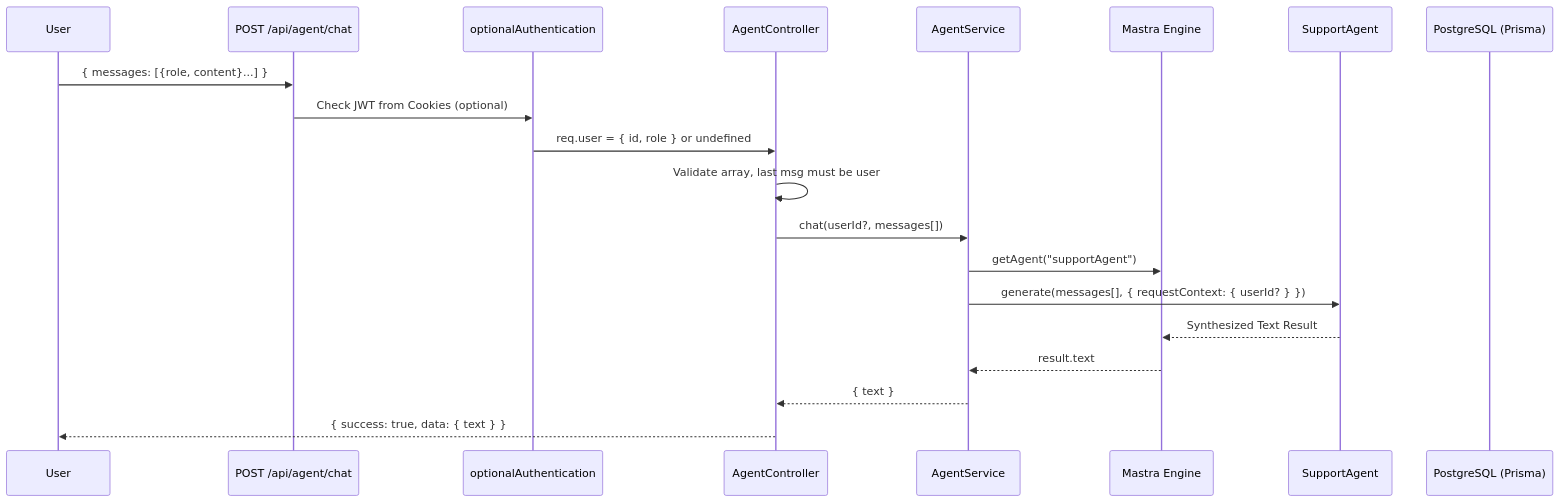
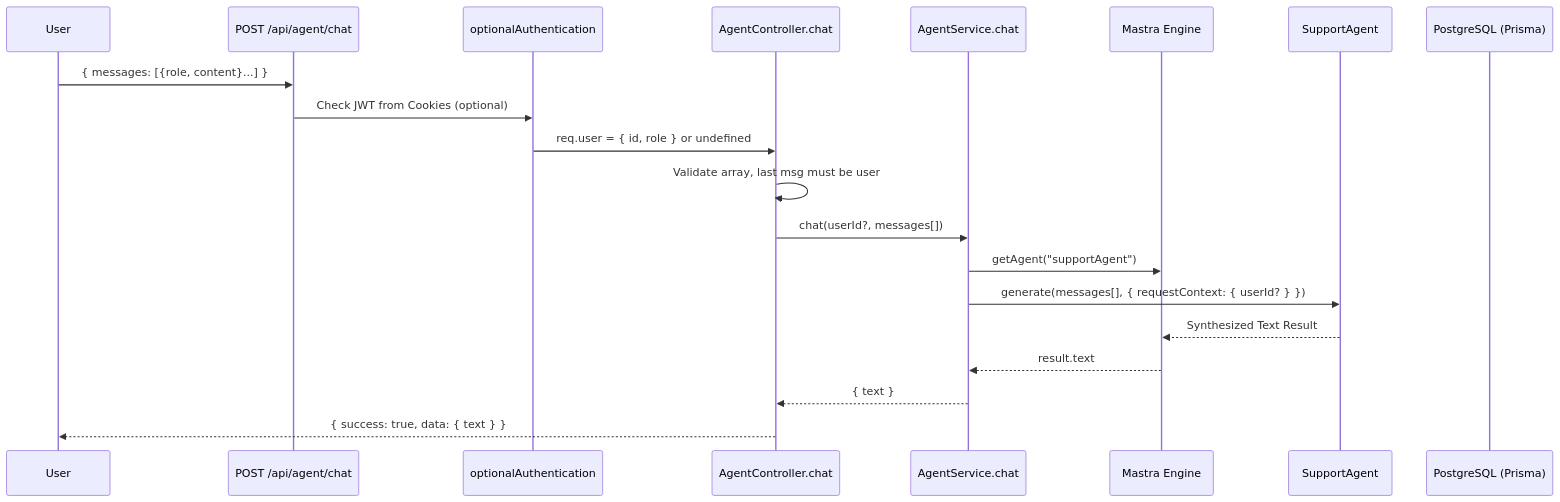
The first of 5 diagrams in .cursor/AgentFlow.md (ntuananh97/ecormerce-PERN), drawn with Mermaid before and after one commit. The commit also changed other lines of this file and 13 other files, not shown here.

Commit message:
feat: implement streaming support for chat agent with SSE and enhance API documentation

````diff
--- a/.cursor/AgentFlow.md
+++ b/.cursor/AgentFlow.md
@@ -11,23 +15,23 @@
 ```mermaid
 sequenceDiagram
     participant User
     participant Express as POST /api/agent/chat
     participant OptAuth as optionalAuthentication
-    participant Controller as AgentController
-    participant Service as AgentService
+    participant Controller as AgentController.chat
+    participant Service as AgentService.chat
     participant Mastra as Mastra Engine
     participant Agent as SupportAgent
     participant DB as PostgreSQL (Prisma)
 
     User->>Express: { messages: [{role, content}...] }
     Express->>OptAuth: Check JWT from Cookies (optional)
     OptAuth->>Controller: req.user = { id, role } or undefined
     Controller->>Controller: Validate array, last msg must be user
     Controller->>Service: chat(userId?, messages[])
     Service->>Mastra: getAgent("supportAgent")
     Service->>Agent: generate(messages[], { requestContext: { userId? } })
     Agent-->>Mastra: Synthesized Text Result
     Mastra-->>Service: result.text
     Service-->>Controller: { text }
     Controller-->>User: { success: true, data: { text } }
 ```
````
